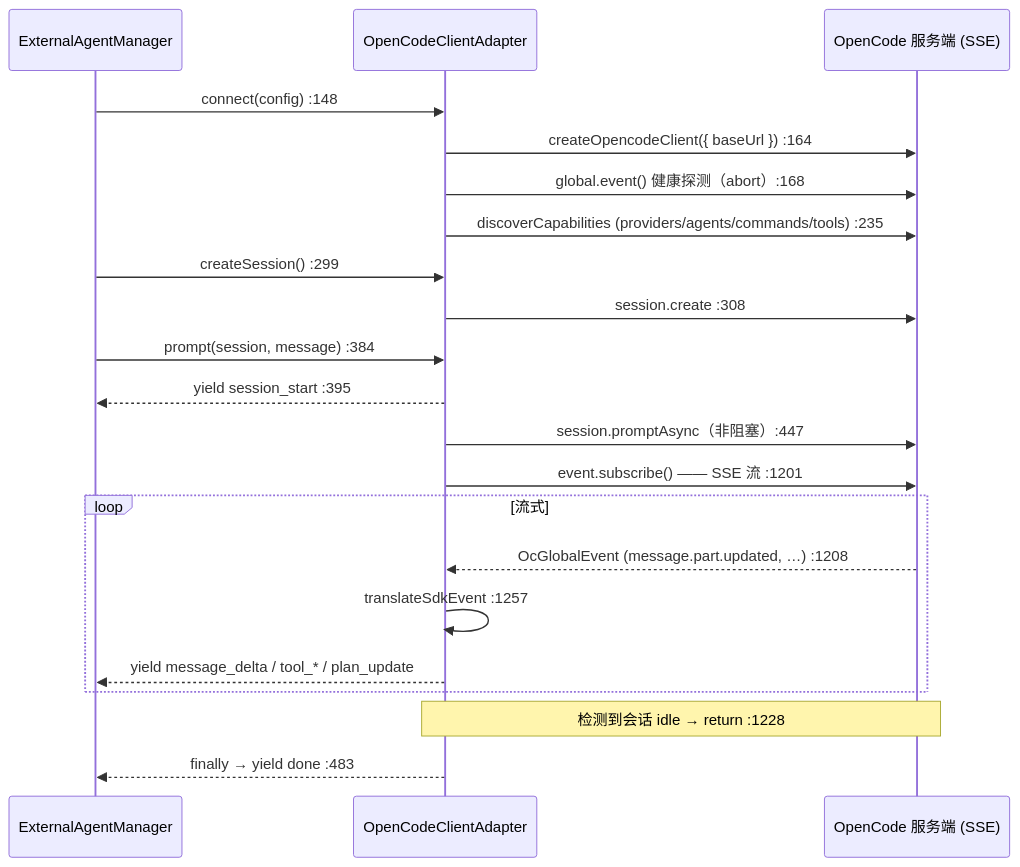
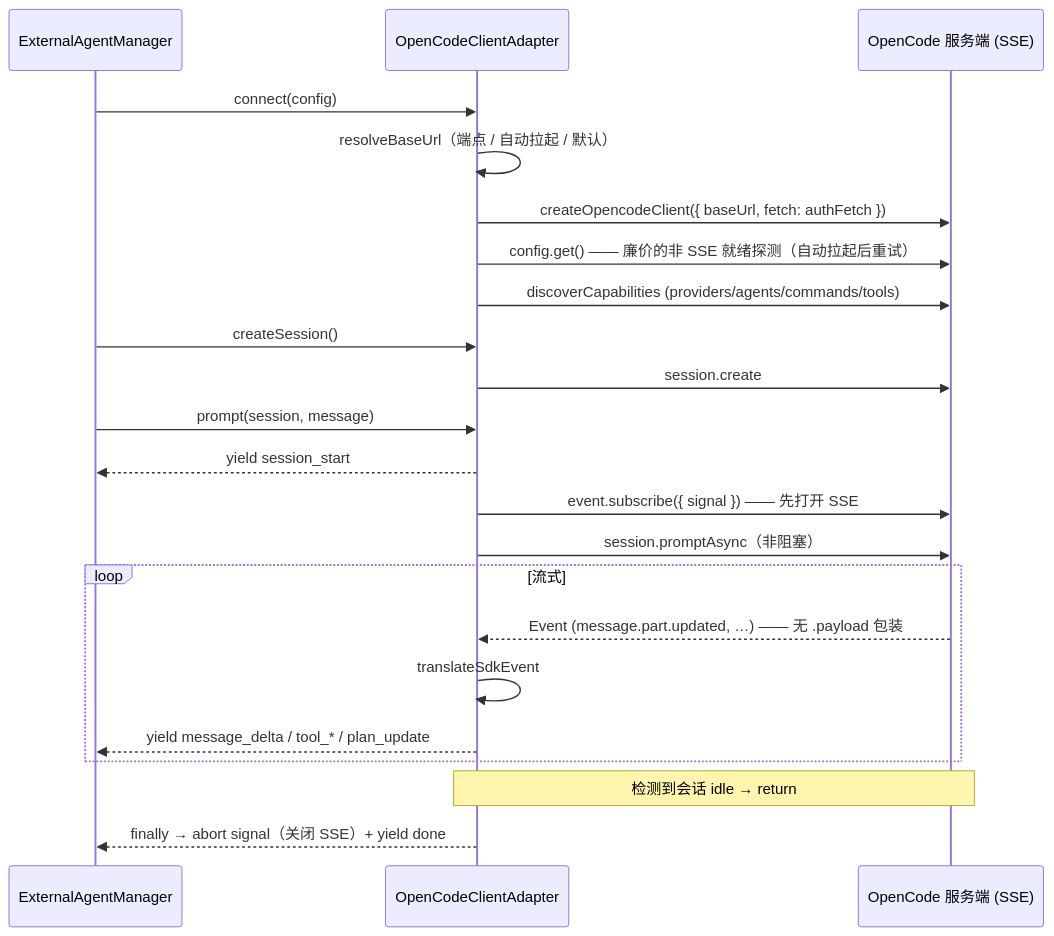
One commit to MaxQian888/cognia-next changed the diagram in docs/content/docs/zh/chat/external-agents/opencode-adapter.mdx. Above: the diagram before and after it, drawn with Mermaid. The commit also changed other lines of this file and 30 other files, not shown here.

````diff
--- a/docs/content/docs/zh/chat/external-agents/opencode-adapter.mdx
+++ b/docs/content/docs/zh/chat/external-agents/opencode-adapter.mdx
@@ -71,24 +72,25 @@
 ```mermaid
 sequenceDiagram
   participant M as ExternalAgentManager
   participant C as OpenCodeClientAdapter
   participant S as OpenCode 服务端 (SSE)
 
-  M->>C: connect(config) :148
-  C->>S: createOpencodeClient({ baseUrl }) :164
-  C->>S: global.event() 健康探测（abort）:168
-  C->>S: discoverCapabilities (providers/agents/commands/tools) :235
-  M->>C: createSession() :299
-  C->>S: session.create :308
-  M->>C: prompt(session, message) :384
-  C-->>M: yield session_start :395
-  C->>S: session.promptAsync（非阻塞）:447
-  C->>S: event.subscribe() —— SSE 流 :1201
+  M->>C: connect(config)
+  C->>C: resolveBaseUrl（端点 / 自动拉起 / 默认）
+  C->>S: createOpencodeClient({ baseUrl, fetch: authFetch })
+  C->>S: config.get() —— 廉价的非 SSE 就绪探测（自动拉起后重试）
+  C->>S: discoverCapabilities (providers/agents/commands/tools)
+  M->>C: createSession()
+  C->>S: session.create
+  M->>C: prompt(session, message)
+  C-->>M: yield session_start
+  C->>S: event.subscribe({ signal }) —— 先打开 SSE
+  C->>S: session.promptAsync（非阻塞）
   loop 流式
-    S-->>C: OcGlobalEvent (message.part.updated, …) :1208
-    C->>C: translateSdkEvent :1257
+    S-->>C: Event (message.part.updated, …) —— 无 .payload 包装
+    C->>C: translateSdkEvent
     C-->>M: yield message_delta / tool_* / plan_update
   end
-  Note over C,S: 检测到会话 idle → return :1228
-  C-->>M: finally → yield done :483
+  Note over C,S: 检测到会话 idle → return
+  C-->>M: finally → abort signal（关闭 SSE）+ yield done
 ```
````
